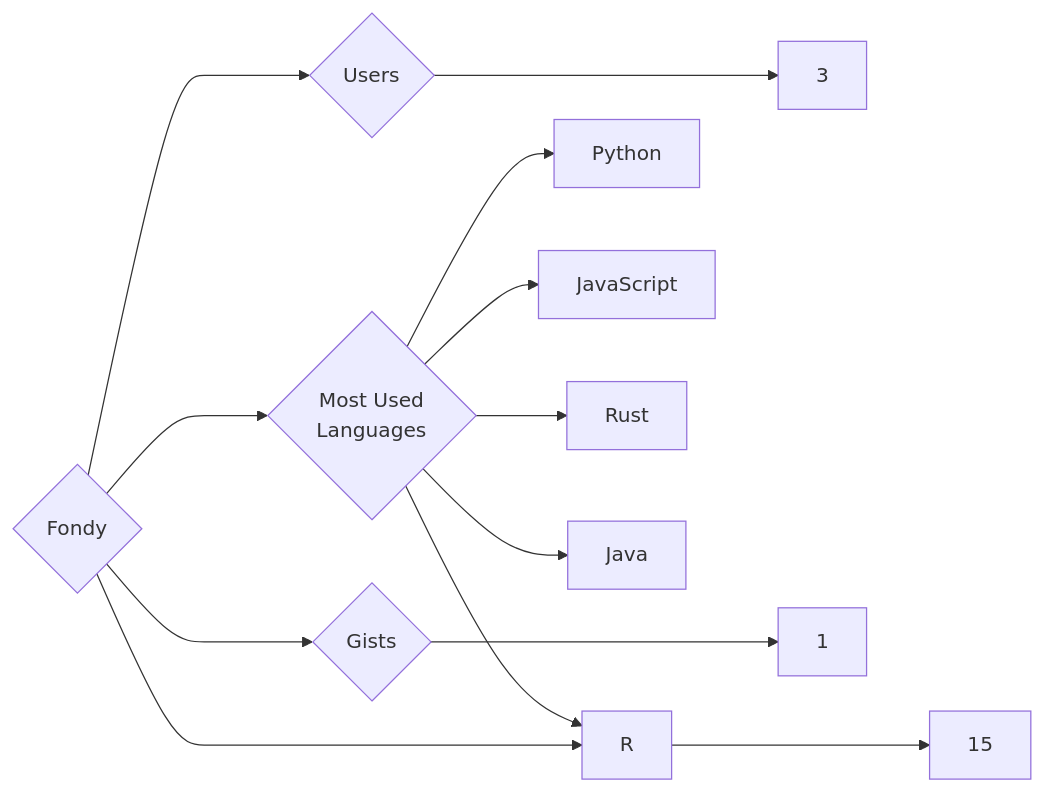
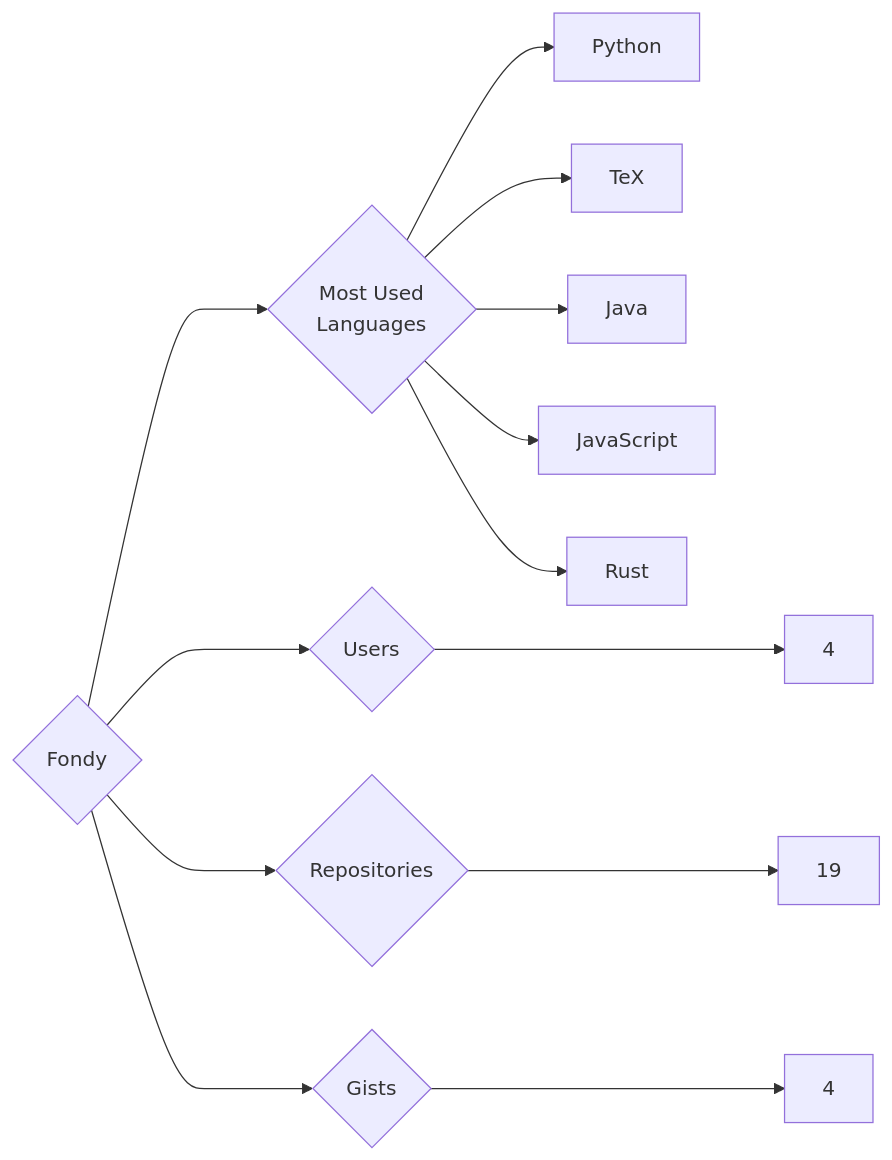
One commit to trickest/insiders changed the diagram in targets/Fondy/README.md. Above: the diagram before and after it, drawn with Mermaid. The commit also changed 865 other files, not shown here.

````diff
--- a/targets/Fondy/README.md
+++ b/targets/Fondy/README.md
@@ -3,13 +3,13 @@
 ```mermaid
 graph LR
 COMPANY_NAME{Fondy}
-COMPANY_NAME ---> U{Users} ---> UN[3]
-COMPANY_NAME ---> R{Repositories} ---> RN[15]
-COMPANY_NAME ---> G{Gists} ---> GN[1]
+COMPANY_NAME ---> U{Users} ---> UN[4]
+COMPANY_NAME ---> R{Repositories} ---> RN[19]
+COMPANY_NAME ---> G{Gists} ---> GN[4]
 COMPANY_NAME ---> ML{Most Used<br>Languages}
 ML --> Python[Python]
+ML --> TeX[TeX]
+ML --> Java[Java]
 ML --> JavaScript[JavaScript]
 ML --> Rust[Rust]
-ML --> R[R]
-ML --> Java[Java]
 ```
````
